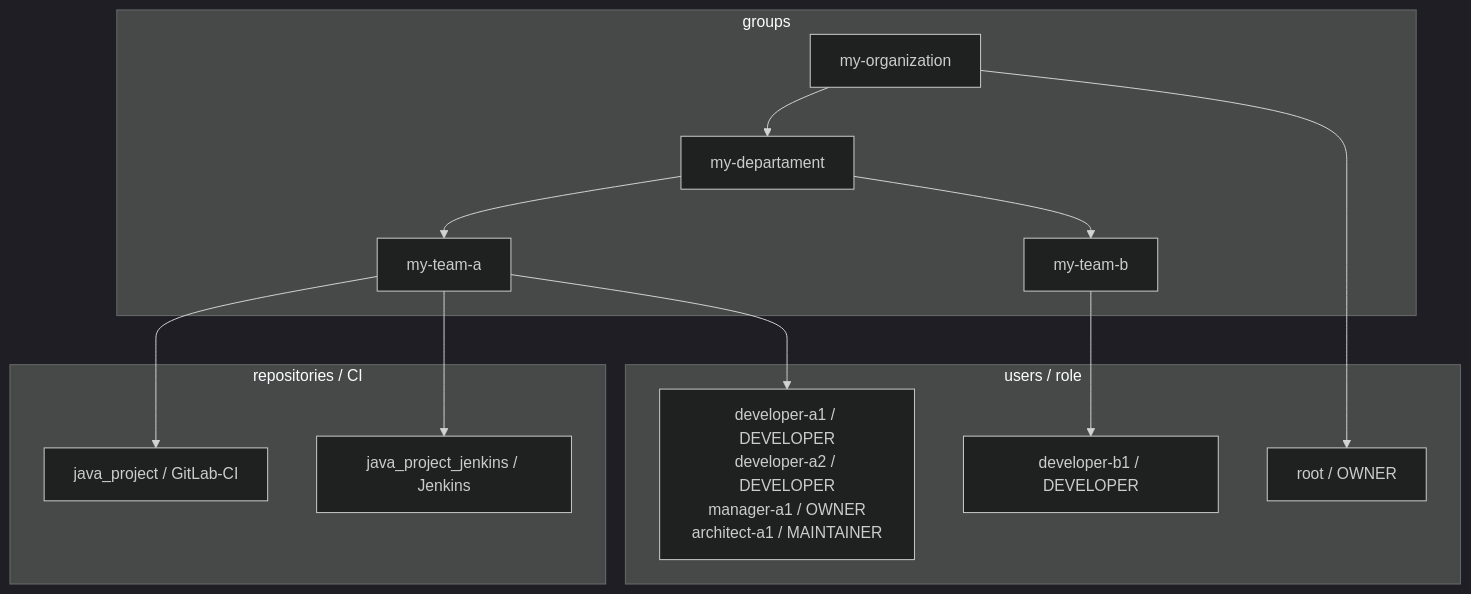
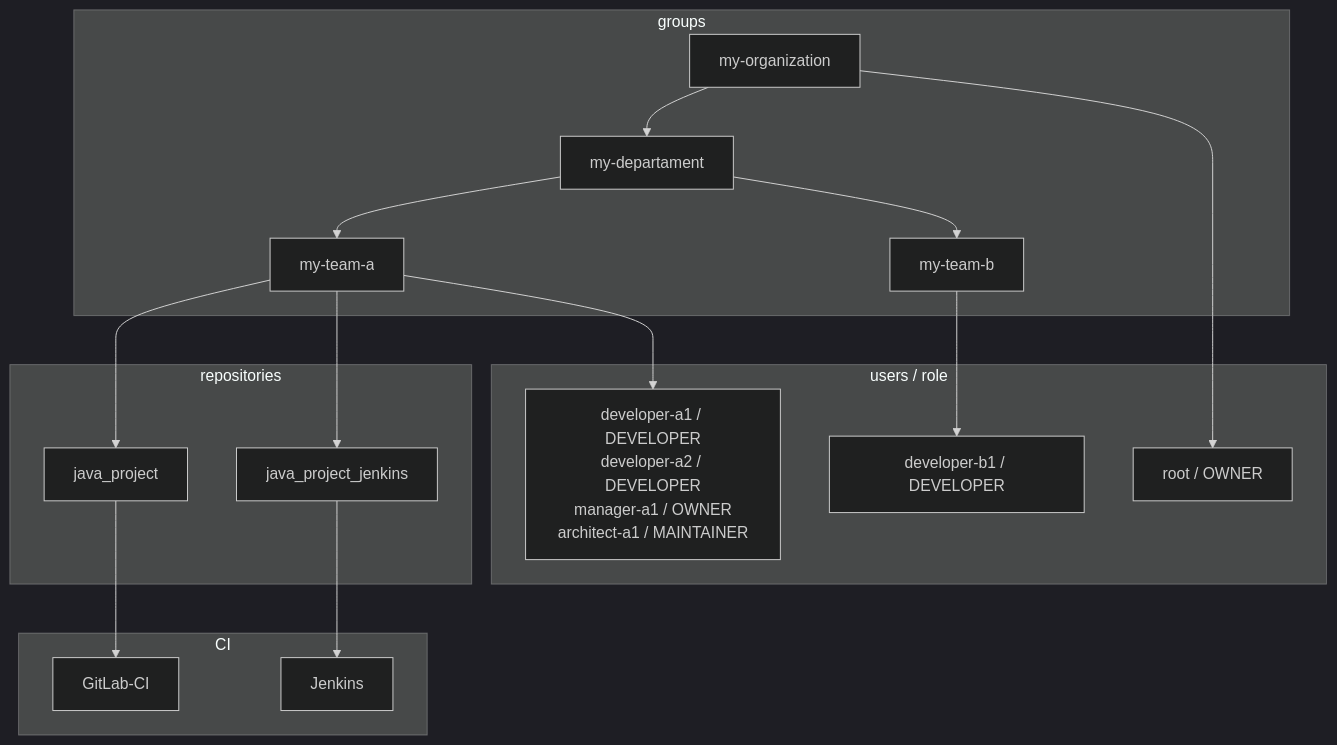
The diagram in readme.md (danielmenezesbr/gitlab-dev-env), drawn with Mermaid (dark theme) before and after one commit.

````diff
--- a/readme.md
+++ b/readme.md
@@ -24,23 +24,30 @@
  ```mermaid
 graph TB;
     subgraph groups
-        box1_1[my-organization] --> box1_2[my-departament]
-        box1_2 --> box1_3[my-team-a]
-        box1_2 --> box1_4[my-team-b]
+        my-organization --> my-departament
+        my-departament --> my-team-a
+        my-departament --> my-team-b
     end
     subgraph users / role
-        box2_1[developer-a1 / DEVELOPER<BR>developer-a2 / DEVELOPER<br>manager-a1 / OWNER<br>architect-a1 / MAINTAINER]
-        box2_3[developer-b1 / DEVELOPER]
-        box2_2[root / OWNER]
+        users-my-team-a[developer-a1 / DEVELOPER<BR>developer-a2 / DEVELOPER<br>manager-a1 / OWNER<br>architect-a1 / MAINTAINER]
+        users-my-team-b[developer-b1 / DEVELOPER]
+        root[root / OWNER]
     end
-    subgraph repositories / CI
-        box3_1[java_project / GitLab-CI]
-        box3_2[java_project_jenkins / Jenkins]
+    subgraph repositories
+        java_project
+        java_project_jenkins
+    end
+    subgraph CI
+        GitLab-CI
+        Jenkins
     end
 
-box1_1 --> box2_2
-box1_3 --> box2_1
-box1_4 --> box2_3
-box1_3 --> box3_1
-box1_3 --> box3_2
+my-organization --> root
+my-team-a --> users-my-team-a
+my-team-b --> users-my-team-b
+my-team-a --> java_project
+my-team-a --> java_project_jenkins
+java_project --> GitLab-CI
+java_project_jenkins --> Jenkins
+
  ```
````
